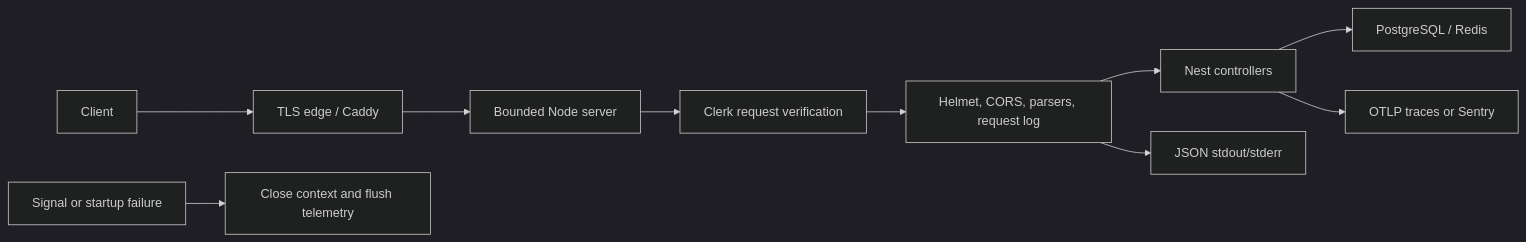
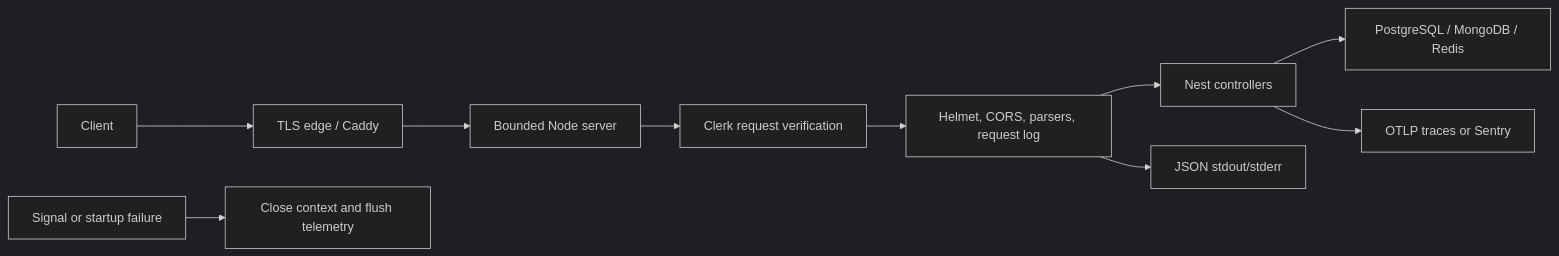
One commit to johnakisk0700/slopform changed the diagram in docs/backend/mechanisms/runtime-operations.md. Above: the diagram before and after it, drawn with Mermaid (dark theme). The commit also changed other lines of this file and 68 other files, not shown here.

````diff
--- a/docs/backend/mechanisms/runtime-operations.md
+++ b/docs/backend/mechanisms/runtime-operations.md
@@ -15,12 +15,12 @@
 ```mermaid
 flowchart LR
   Client["Client"] --> Edge["TLS edge / Caddy"]
   Edge --> Server["Bounded Node server"]
   Server --> Auth["Clerk request verification"]
   Auth --> Middleware["Helmet, CORS, parsers, request log"]
   Middleware --> Nest["Nest controllers"]
-  Nest --> Dependencies["PostgreSQL / Redis"]
+  Nest --> Dependencies["PostgreSQL / MongoDB / Redis"]
   Middleware --> Logs["JSON stdout/stderr"]
   Nest --> Telemetry["OTLP traces or Sentry"]
   Signal["Signal or startup failure"] --> Lifecycle["Close context and flush telemetry"]
 ```
````
